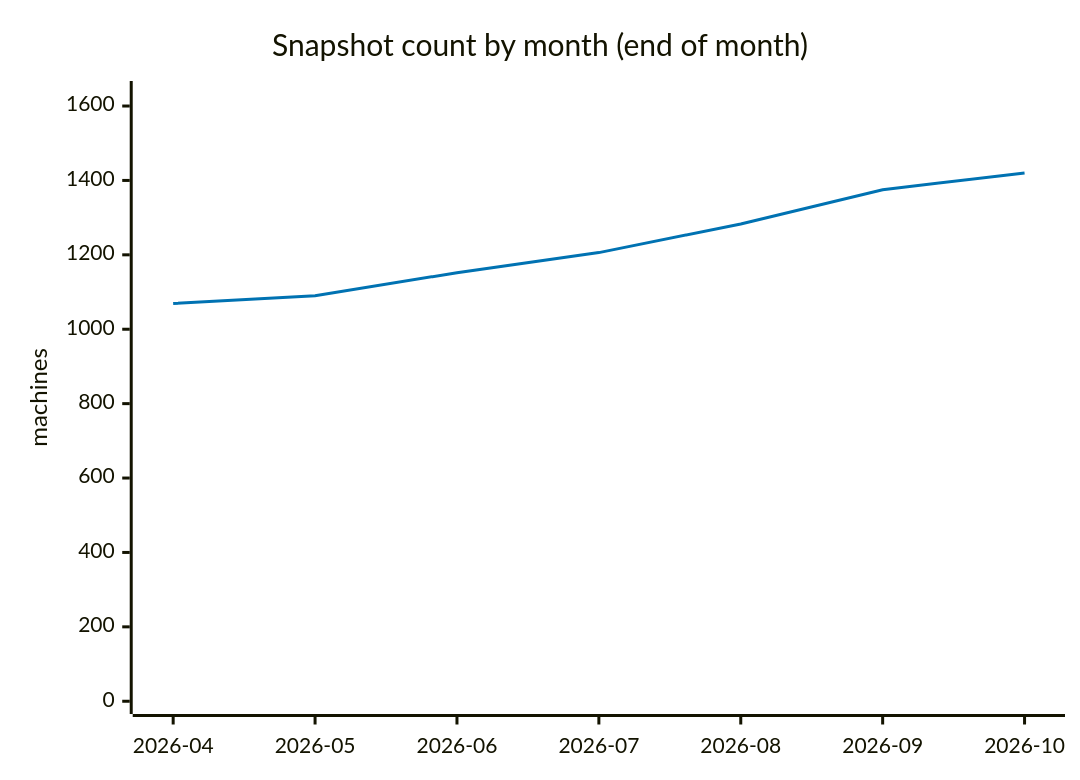
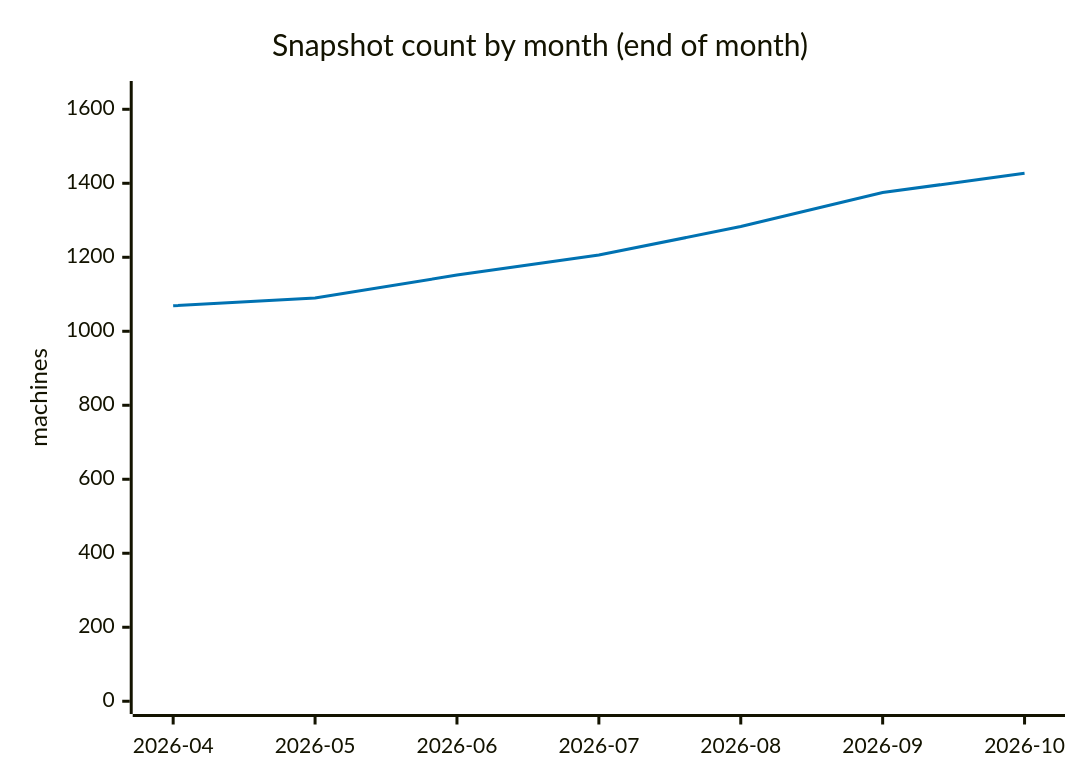
Before and after one commit to cheeaun/returnright-data: the fourth of 5 diagrams in ANALYSIS.md, drawn with Mermaid. The commit also changed other lines of this file and 4 other files, not shown here.

````diff
--- a/ANALYSIS.md
+++ b/ANALYSIS.md
@@ -247,13 +247,13 @@
 ```mermaid
 ---
 config:
   themeVariables:
     xyChart:
       plotColorPalette: "#0072B2"
 ---
 xychart-beta
     title "Snapshot count by month (end of month)"
     x-axis ["2026-04", "2026-05", "2026-06", "2026-07", "2026-08", "2026-09", "2026-10"]
-    y-axis "machines" 0 --> 1633
-    line [1069, 1090, 1152, 1206, 1283, 1375, 1420]
+    y-axis "machines" 0 --> 1642
+    line [1069, 1090, 1152, 1206, 1283, 1375, 1427]
 ```
````
